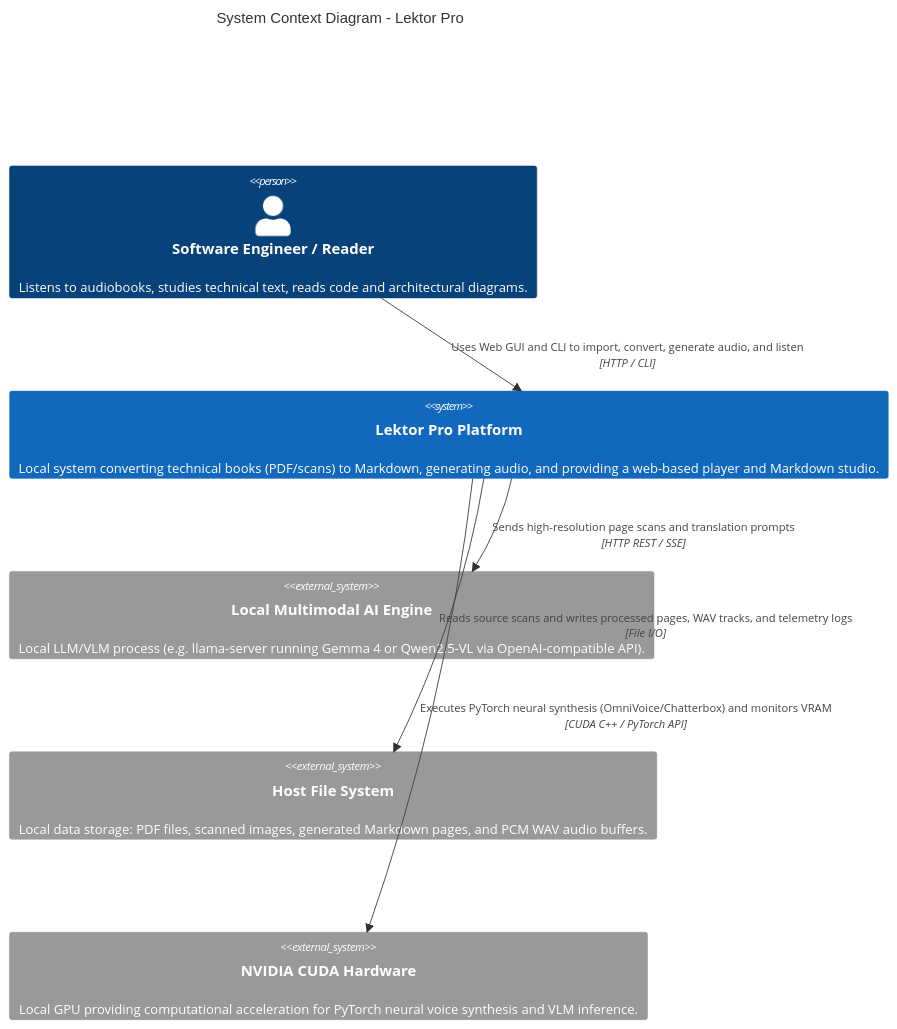
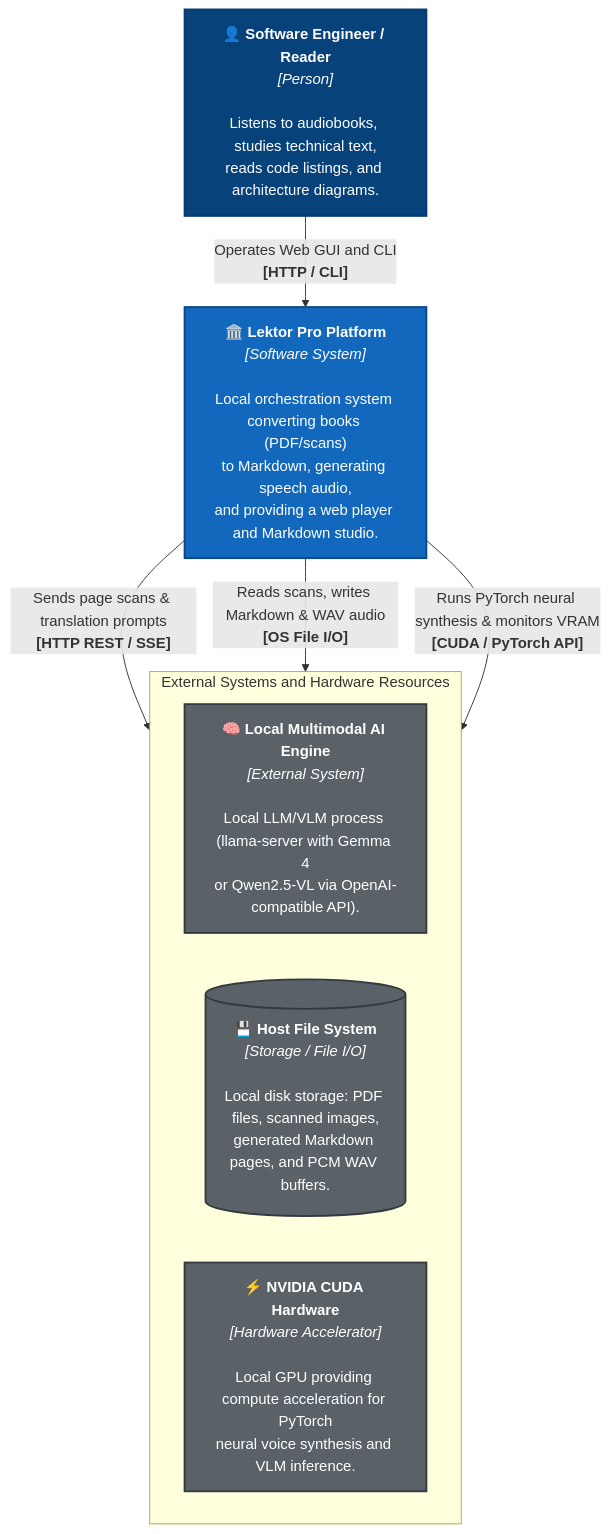
One commit to mateusz-kacpura/lektor-pro-book-to-audiobook changed the diagram in docs/01-architecture/c4-model/01-system-context.md. Above: the diagram before and after it, drawn with Mermaid. The commit also changed 11 other files, not shown here.

Commit message:
fix(docs): repair Mermaid C4 and sequence diagram rendering across documentation

````diff
--- a/docs/01-architecture/c4-model/01-system-context.md
+++ b/docs/01-architecture/c4-model/01-system-context.md
@@ -7,18 +7,22 @@
 ```mermaid
-C4Context
-    title System Context Diagram - Lektor Pro
+flowchart TB
+    classDef person fill:#08427b,stroke:#073b6f,color:#fff,stroke-width:2px;
+    classDef internalSystem fill:#1168bd,stroke:#0b4884,color:#fff,stroke-width:2px;
+    classDef externalSystem fill:#5a6268,stroke:#343a40,color:#fff,stroke-width:2px;
 
-    Person(user, "Software Engineer / Reader", "Listens to audiobooks, studies technical text, reads code and architectural diagrams.")
+    user["👤 <b>Software Engineer / Reader</b><br/><i>[Person]</i><br/><br/>Listens to audiobooks, studies technical text,<br/>reads code listings, and architecture diagrams."]:::person
+    
+    lektor["🏛️ <b>Lektor Pro Platform</b><br/><i>[Software System]</i><br/><br/>Local orchestration system converting books (PDF/scans)<br/>to Markdown, generating speech audio,<br/>and providing a web player and Markdown studio."]:::internalSystem
 
-    System(lektor, "Lektor Pro Platform", "Local system converting technical books (PDF/scans) to Markdown, generating audio, and providing a web-based player and Markdown studio.")
+    subgraph ExternalBoundary [" External Systems and Hardware Resources "]
+        direction LR
+        visionServer["🧠 <b>Local Multimodal AI Engine</b><br/><i>[External System]</i><br/><br/>Local LLM/VLM process (llama-server with Gemma 4<br/>or Qwen2.5-VL via OpenAI-compatible API)."]:::externalSystem
+        filesystem[("💾 <b>Host File System</b><br/><i>[Storage / File I/O]</i><br/><br/>Local disk storage: PDF files, scanned images,<br/>generated Markdown pages, and PCM WAV buffers.")]:::externalSystem
+        cuda["⚡ <b>NVIDIA CUDA Hardware</b><br/><i>[Hardware Accelerator]</i><br/><br/>Local GPU providing compute acceleration for PyTorch<br/>neural voice synthesis and VLM inference."]:::externalSystem
+    end
 
-    System_Ext(visionServer, "Local Multimodal AI Engine", "Local LLM/VLM process (e.g. llama-server running Gemma 4 or Qwen2.5-VL via OpenAI-compatible API).")
-    System_Ext(filesystem, "Host File System", "Local data storage: PDF files, scanned images, generated Markdown pages, and PCM WAV audio buffers.")
-    System_Ext(cuda, "NVIDIA CUDA Hardware", "Local GPU providing computational acceleration for PyTorch neural voice synthesis and VLM inference.")
-
-    Rel(user, lektor, "Uses Web GUI and CLI to import, convert, generate audio, and listen", "HTTP / CLI")
-    Rel(lektor, filesystem, "Reads source scans and writes processed pages, WAV tracks, and telemetry logs", "File I/O")
-    Rel(lektor, visionServer, "Sends high-resolution page scans and translation prompts", "HTTP REST / SSE")
-    Rel(lektor, cuda, "Executes PyTorch neural synthesis (OmniVoice/Chatterbox) and monitors VRAM", "CUDA C++ / PyTorch API")
-
+    user -->|"Operates Web GUI and CLI<br/><b>[HTTP / CLI]</b>"| lektor
+    lektor -->|"Sends page scans & translation prompts<br/><b>[HTTP REST / SSE]</b>"| visionServer
+    lektor -->|"Reads scans, writes Markdown & WAV audio<br/><b>[OS File I/O]</b>"| filesystem
+    lektor -->|"Runs PyTorch neural synthesis & monitors VRAM<br/><b>[CUDA / PyTorch API]</b>"| cuda
 ```
````
